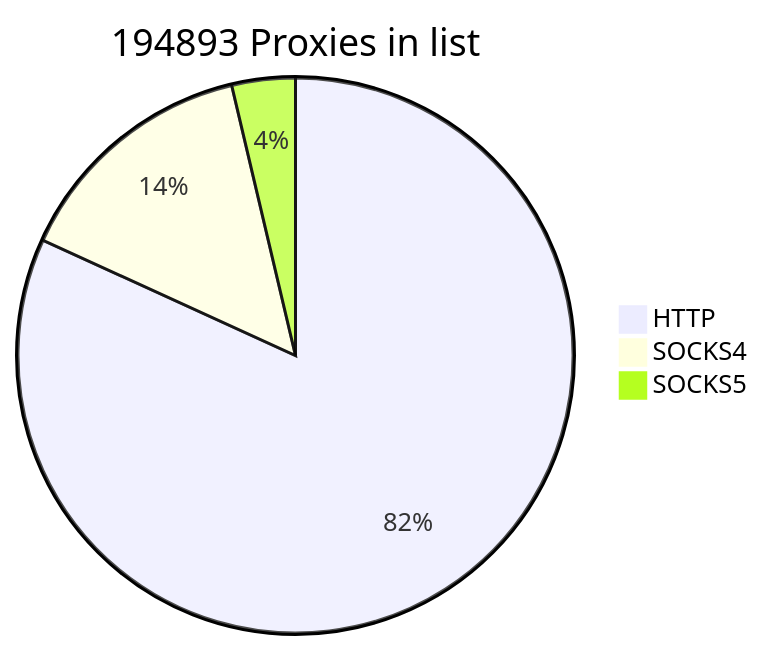
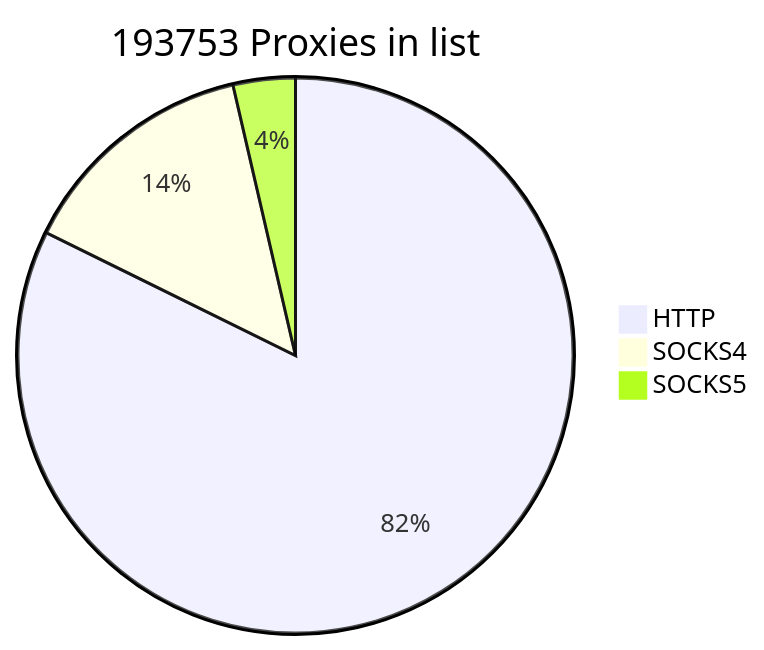
The first of 2 diagrams in README.md (cutipu/proxylist), drawn with Mermaid before and after one commit. The commit also changed other lines of this file, not shown here.

````diff
--- a/README.md
+++ b/README.md
@@ -2,7 +2,7 @@
 ```mermaid
-pie title 194893 Proxies in list
-    "HTTP" : 159453
-    "SOCKS4" : 28244
-    "SOCKS5" : 7196
+pie title 193753 Proxies in list
+    "HTTP" : 159438
+    "SOCKS4" : 27307
+    "SOCKS5" : 7008
             
 ```
````
